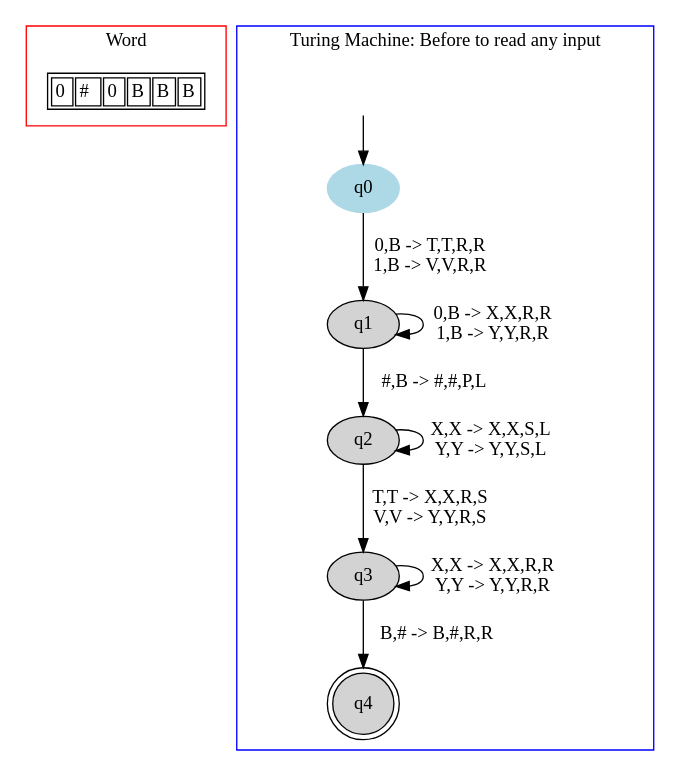
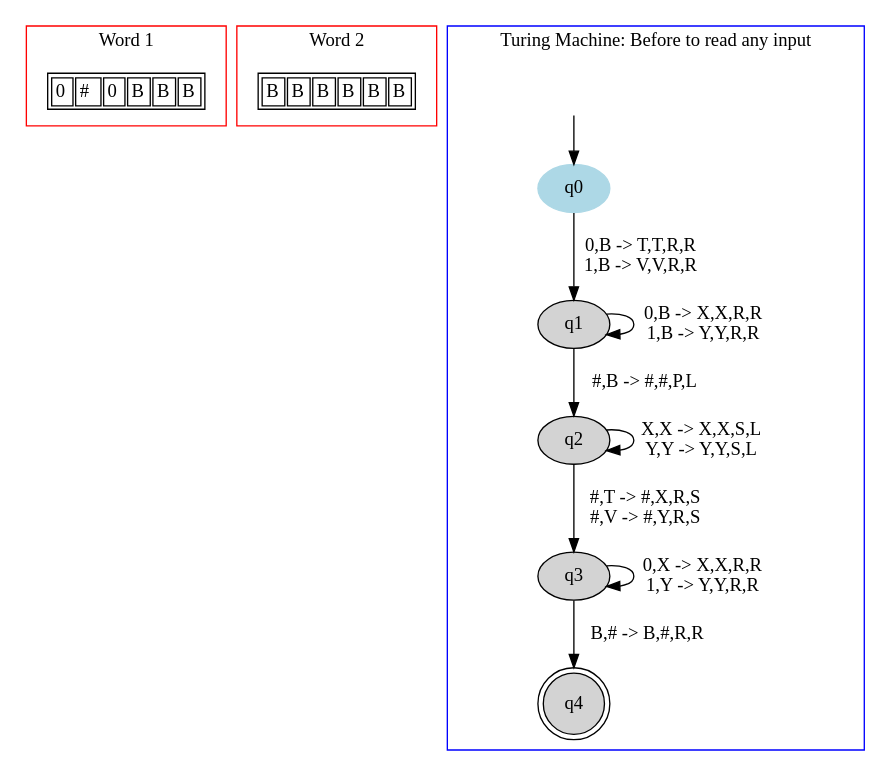
One commit to danielScLima/turing_machine_2_fitas changed the diagram in TM2FITAS/images/file1.dot. Above: the diagram before and after it, drawn with Graphviz. The commit also changed 16 other files, not shown here.

```diff
--- a/TM2FITAS/images/file1.dot
+++ b/TM2FITAS/images/file1.dot
@@ -1,42 +1,58 @@
 digraph G {
 	subgraph cluster_0 {
 		node [shape=plaintext];
 
 struct1 [label=<<TABLE>
 <TR>
 <TD><FONT>0</FONT></TD>
 <TD><FONT>#</FONT></TD>
 <TD><FONT>0</FONT></TD>
 <TD><FONT>B</FONT></TD>
 <TD><FONT>B</FONT></TD>
 <TD><FONT>B</FONT></TD>
 </TR>
 </TABLE>>];
-label = "Word";
+label = "Word 1";
+color=red;
+}
+	subgraph cluster_2 {
+		node [shape=plaintext];
+
+struct2 [label=<<TABLE>
+<TR>
+<TD><FONT>B</FONT></TD>
+<TD><FONT>B</FONT></TD>
+<TD><FONT>B</FONT></TD>
+<TD><FONT>B</FONT></TD>
+<TD><FONT>B</FONT></TD>
+<TD><FONT>B</FONT></TD>
+</TR>
+</TABLE>>];
+label = "Word 2";
 color=red;
 }
 	subgraph cluster_1 {
 		node [style=filled];
 		label = "Turing Machine: Before to read any input"
 		color=blue;
 
 		q0 [color="lightblue"];
 		q1;
 		q2;
 		q3;
 		q4 [shape="doublecircle"];
 		q0->q1[label="0,B -> T,T,R,R
 1,B -> V,V,R,R"];
 		q1->q1[label="0,B -> X,X,R,R
 1,B -> Y,Y,R,R"];
 		q1->q2[label="#,B -> #,#,P,L"];
 		q2->q2[label="X,X -> X,X,S,L
 Y,Y -> Y,Y,S,L"];
-		q2->q3[label="T,T -> X,X,R,S
-V,V -> Y,Y,R,S"];
-		q3->q3[label="X,X -> X,X,R,R
-Y,Y -> Y,Y,R,R"];
+		q2->q3[label="#,T -> #,X,R,S
+#,V -> #,Y,R,S"];
+		q3->q3[label="0,X -> X,X,R,R
+1,Y -> Y,Y,R,R"];
 		q3->q4[label="B,# -> B,#,R,R"];
 x [color=white, label=""];		x->q0	}
 
 }
```
